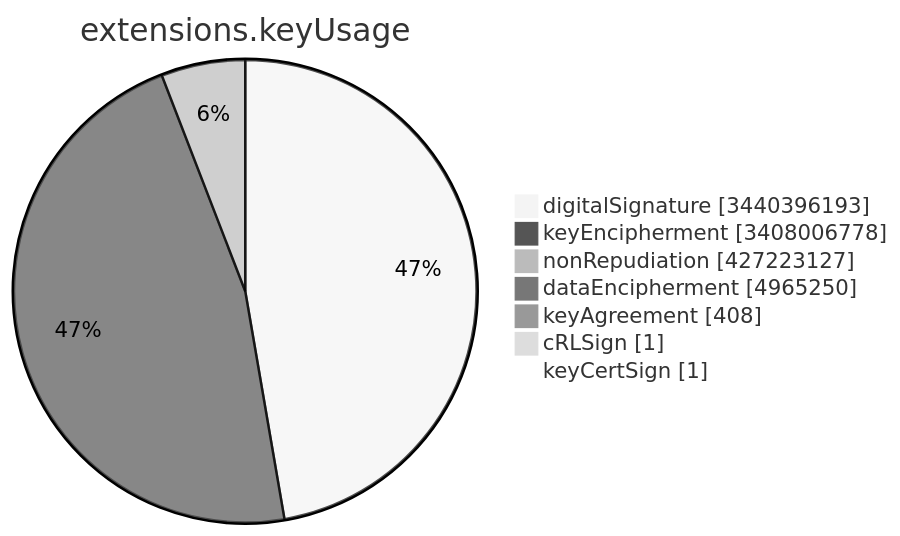
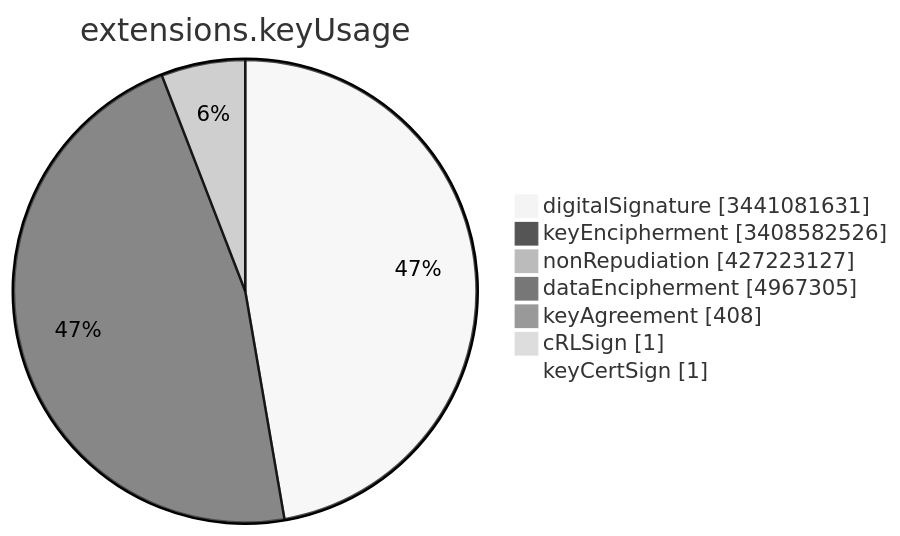
Before and after one commit to christiankrug/ctmonitor_visualization: the sixth of 15 diagrams in TOTAL/README.md, drawn with Mermaid (neutral theme). The commit also changed other lines of this file, not shown here.

````diff
--- a/TOTAL/README.md
+++ b/TOTAL/README.md
@@ -3082,11 +3082,11 @@
 ```mermaid
 pie showData
 title extensions.keyUsage
-"digitalSignature" :3440396193
-"keyEncipherment" :3408006778
+"digitalSignature" :3441081631
+"keyEncipherment" :3408582526
 "nonRepudiation" :427223127
-"dataEncipherment" :4965250
+"dataEncipherment" :4967305
 "keyAgreement" :408
 "cRLSign" :1
 "keyCertSign" :1
 ```
````
